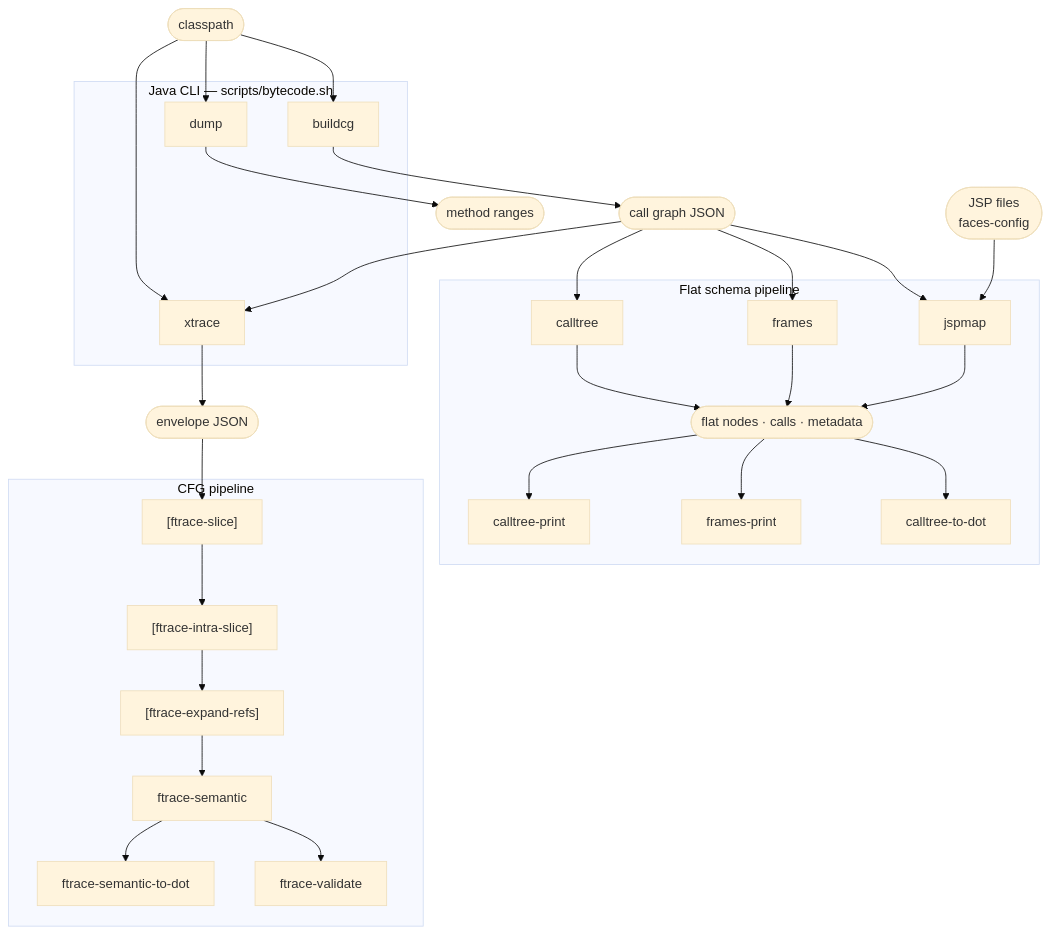
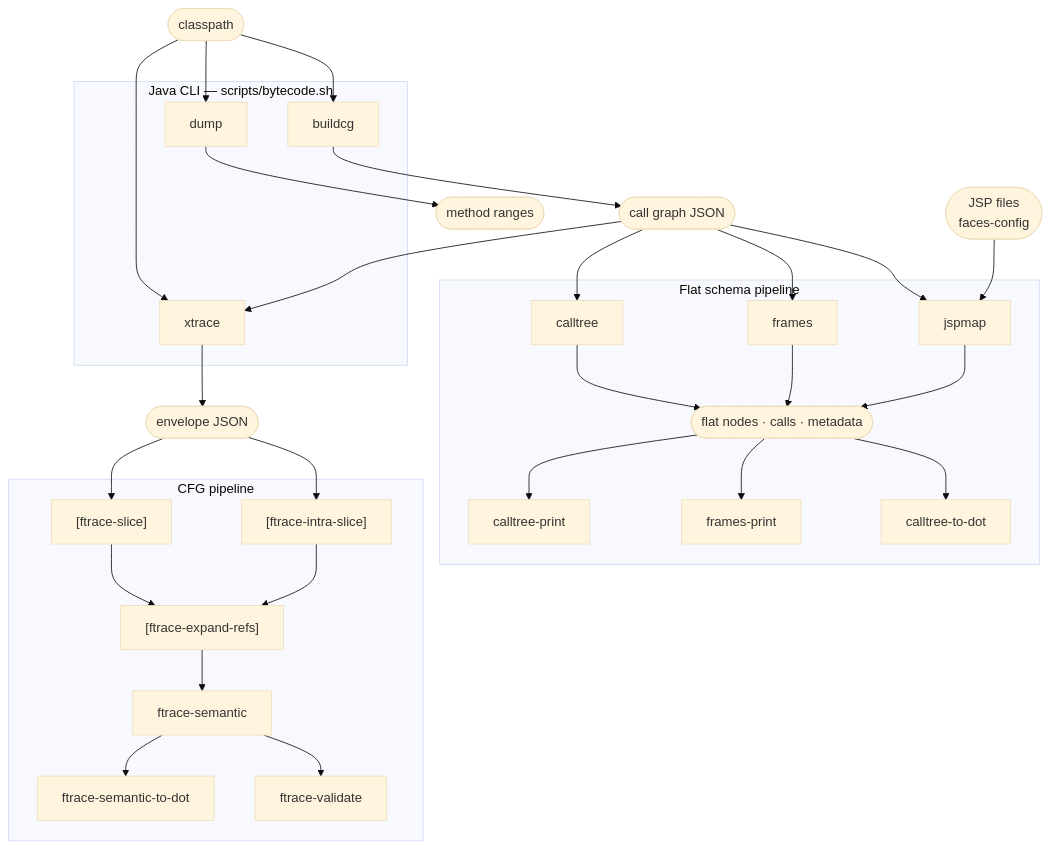
Before and after one commit to avishek-sen-gupta/java-bytecode-tools: the diagram in README.md, drawn with Mermaid (base theme).

Commit message:
docs: show ftrace-slice and ftrace-intra-slice as parallel in diagram
They slice at different granularities (inter vs intra-procedural) and
are independent — neither requires the other.

````diff
--- a/README.md
+++ b/README.md
@@ -43,43 +43,45 @@
 ```mermaid
 flowchart TD
     classpath([classpath])
     jsps([JSP files\nfaces-config])
 
     subgraph java ["Java CLI — scripts/bytecode.sh"]
         dump[dump]
         buildcg[buildcg]
         xtrace[xtrace]
     end
 
     subgraph py_flat ["Flat schema pipeline"]
         calltree[calltree]
         frames[frames]
         jspmap[jspmap]
         flat([flat nodes · calls · metadata])
         cp[calltree-print]
         fp[frames-print]
         ctd[calltree-to-dot]
     end
 
     subgraph py_cfg ["CFG pipeline"]
         fslice["[ftrace-slice]"]
         fisl["[ftrace-intra-slice]"]
         fexpand["[ftrace-expand-refs]"]
         fsem[ftrace-semantic]
         fsdot[ftrace-semantic-to-dot]
         fval[ftrace-validate]
     end
 
     classpath --> dump & buildcg & xtrace
     dump --> mrange([method ranges])
     buildcg --> cg([call graph JSON])
     cg --> xtrace & calltree & frames & jspmap
     jsps --> jspmap
 
     calltree & frames & jspmap --> flat
     flat --> cp & fp & ctd
 
     xtrace --> env([envelope JSON])
-    env --> fslice --> fisl --> fexpand --> fsem
+    env --> fslice & fisl
+    fslice & fisl --> fexpand
+    fexpand --> fsem
     fsem --> fsdot & fval
 ```
````
